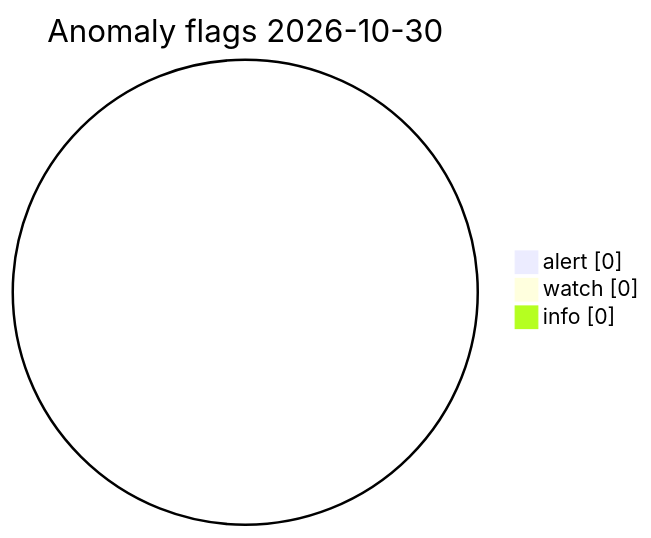
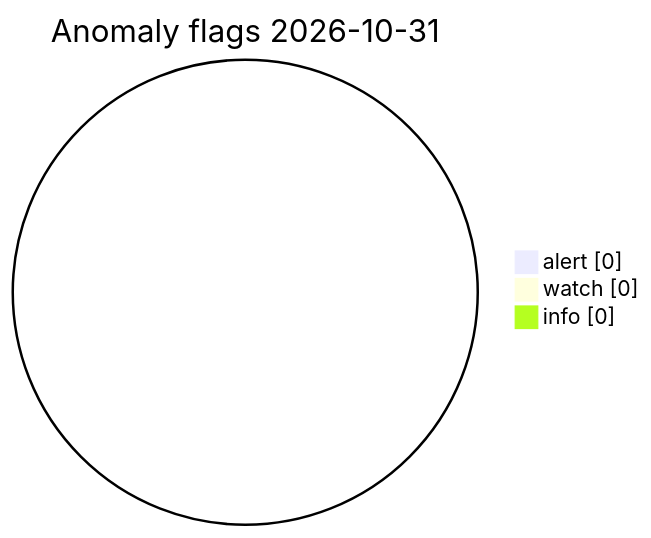
One commit to Midwest-Stratospheric/Unified-Open-Global-Weather changed the diagram in visuals/latest/CHARTS.md. Above: the diagram before and after it, drawn with Mermaid. The commit also changed other lines of this file and 23 other files, not shown here.

Commit message:
data(visuals): automated charts 2026-10-31T10:41Z

````diff
--- a/visuals/latest/CHARTS.md
+++ b/visuals/latest/CHARTS.md
@@ -73,7 +73,7 @@
 ```mermaid
 pie showData
-  title Anomaly flags 2026-10-30
+  title Anomaly flags 2026-10-31
   "alert" : 0
   "watch" : 0
   "info" : 0
 ```
````
